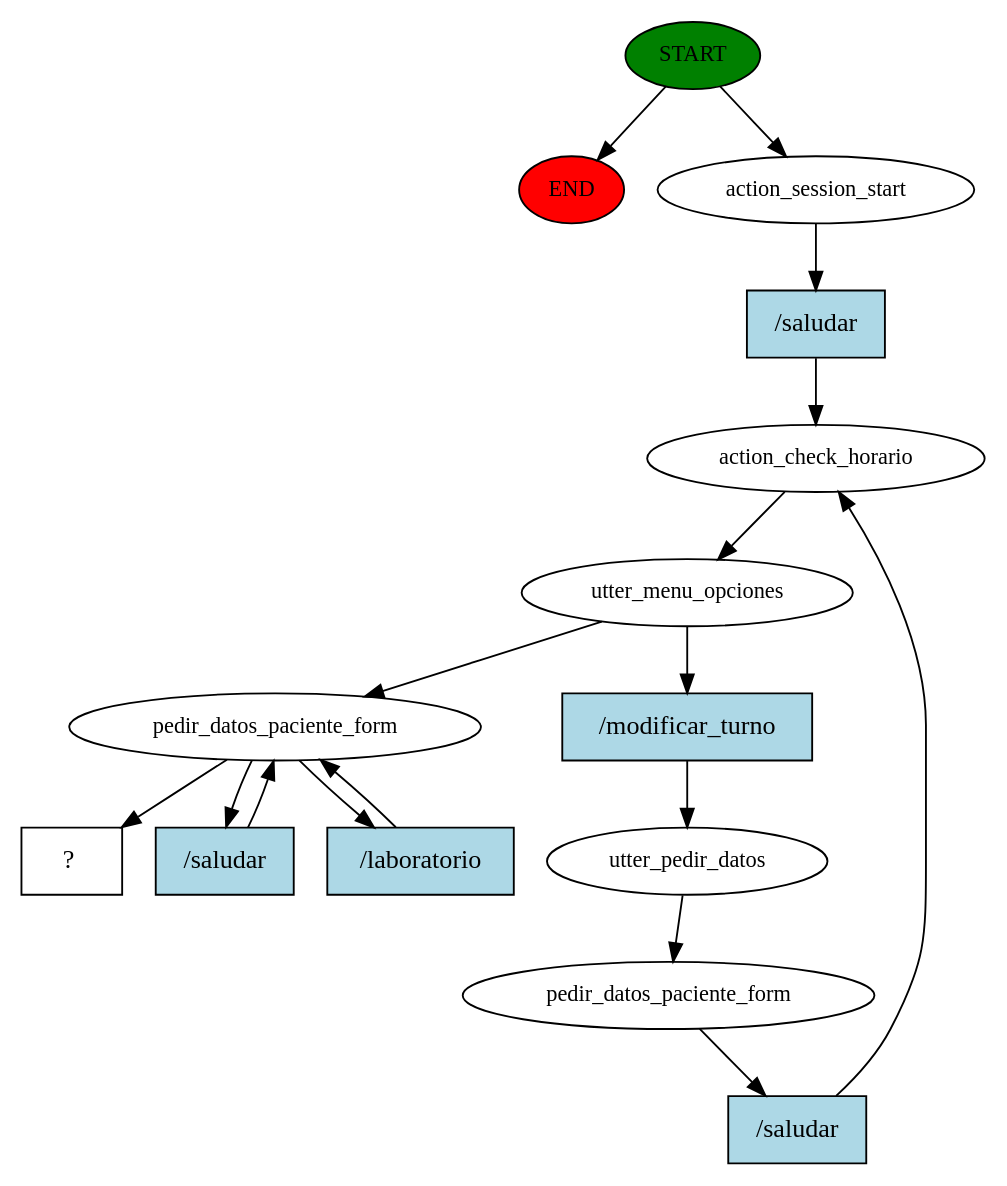
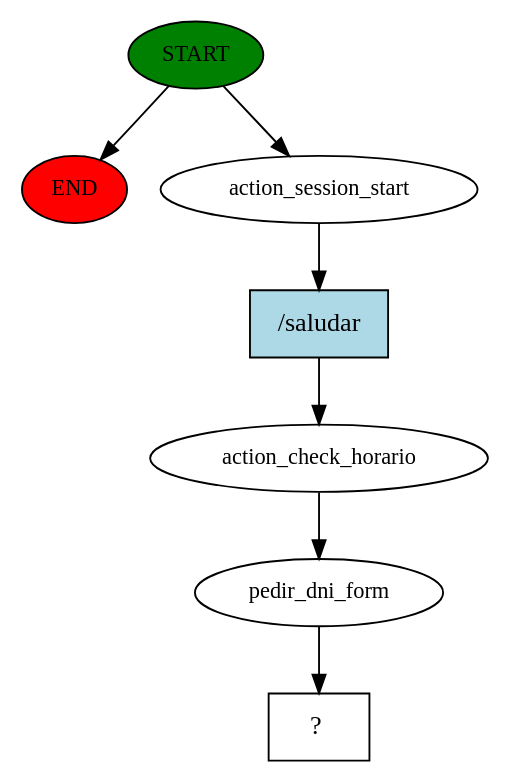
The diagram in story_graph.dot (TamaraMaggioni/RASA_BOT), drawn with Graphviz before and after one commit. The commit also changed 6 other files, not shown here.

```diff
--- a/story_graph.dot
+++ b/story_graph.dot
@@ -1,32 +1,15 @@
 digraph  {
 0 [class="start active", fillcolor=green, fontsize=12, label=START, style=filled];
 "-1" [class=end, fillcolor=red, fontsize=12, label=END, style=filled];
 1 [class=active, fontsize=12, label=action_session_start];
 2 [class=active, fontsize=12, label=action_check_horario];
-3 [class=active, fontsize=12, label=utter_menu_opciones];
-4 [class=active, fontsize=12, label=utter_pedir_datos];
-5 [class=active, fontsize=12, label=pedir_datos_paciente_form];
-8 [class=active, fontsize=12, label=pedir_datos_paciente_form];
-12 [class="intent dashed active", label="  ?  ", shape=rect];
-13 [class="intent active", fillcolor=lightblue, label="/saludar", shape=rect, style=filled];
-14 [class="intent active", fillcolor=lightblue, label="/modificar_turno", shape=rect, style=filled];
-15 [class="intent active", fillcolor=lightblue, label="/saludar", shape=rect, style=filled];
-16 [class="intent active", fillcolor=lightblue, label="/saludar", shape=rect, style=filled];
-17 [class="intent active", fillcolor=lightblue, label="/laboratorio", shape=rect, style=filled];
+3 [class=active, fontsize=12, label=pedir_dni_form];
+4 [class="intent dashed active", label="  ?  ", shape=rect];
+5 [class="intent active", fillcolor=lightblue, label="/saludar", shape=rect, style=filled];
 0 -> "-1"  [class="", key=NONE, label=""];
 0 -> 1  [class=active, key=NONE, label=""];
-1 -> 13  [class=active, key=0];
+1 -> 5  [class=active, key=0];
 2 -> 3  [class=active, key=NONE, label=""];
-3 -> 8  [class=active, key=NONE, label=""];
-3 -> 14  [class=active, key=0];
-4 -> 5  [class=active, key=NONE, label=""];
-5 -> 15  [class=active, key=0];
-8 -> 12  [class=active, key=NONE, label=""];
-8 -> 16  [class=active, key=0];
-8 -> 17  [class=active, key=0];
-13 -> 2  [class=active, key=0];
-14 -> 4  [class=active, key=0];
-15 -> 2  [class=active, key=0];
-16 -> 8  [class=active, key=0];
-17 -> 8  [class=active, key=0];
+3 -> 4  [class=active, key=NONE, label=""];
+5 -> 2  [class=active, key=0];
 }
```
